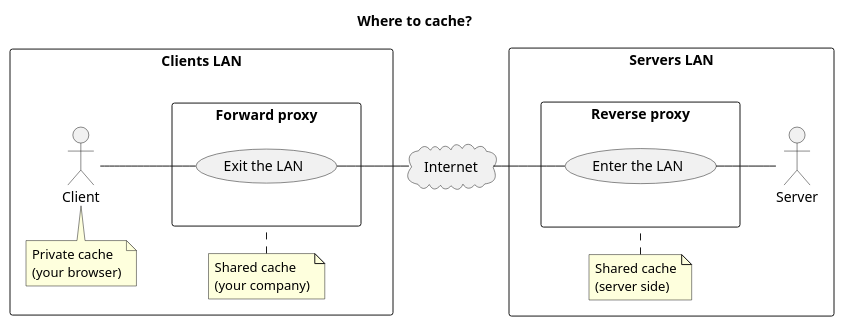
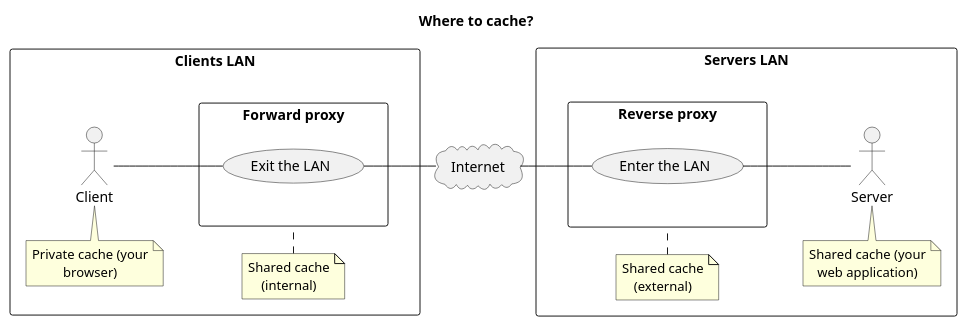
Before and after one commit to heig-vd-dai-course/heig-vd-dai-course: the diagram in 23-caching-and-performance/images/where-to-cache.plantuml, drawn with PlantUML. The commit also changed 32 other files, not shown here.

```diff
--- a/23-caching-and-performance/images/where-to-cache.plantuml
+++ b/23-caching-and-performance/images/where-to-cache.plantuml
@@ -1,44 +1,52 @@
-@startuml
+@startuml where-to-cache
 left to right direction
 skinparam packageStyle rectangle
+skinparam boxPadding 100
+skinparam maxMessageSize 150
+skinparam noteTextAlignment center
+skinparam sequenceMessageAlign direction
+skinparam wrapWidth 120
 
 title "Where to cache?"
 
 rectangle "Clients LAN" as clientLan {
 
     actor "Client" as client
 
     note top of client
-        Private cache
-        (your browser)
+        Private cache (your browser)
     end note
 
     rectangle "Forward proxy" as forwardProxy {
         client -- (Exit the LAN)
     }
 
     note top of forwardProxy
-        Shared cache
-        (your company)
+        Shared cache (internal)
     end note
 }
 
 cloud "Internet" as internet {
     (Exit the LAN) -- internet
 }
 
 rectangle "Servers LAN" as serverLan {
 
     actor "Server" as server
 
     rectangle "Reverse proxy" as reverseProxy {
         internet -- (Enter the LAN)
         (Enter the LAN) -- server
     }
 
     note top of reverseProxy
-        Shared cache
-        (server side)
+        Shared cache (external)
+    end note
+
+
+    note top of server
+        Shared cache (your web application)
     end note
 }
+
 @enduml
```
